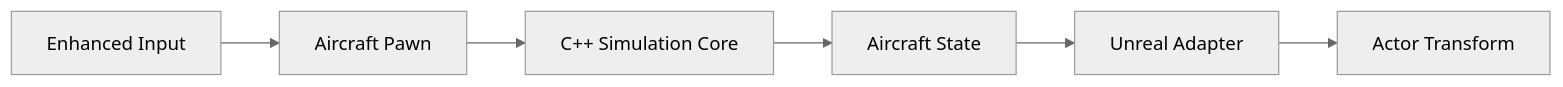
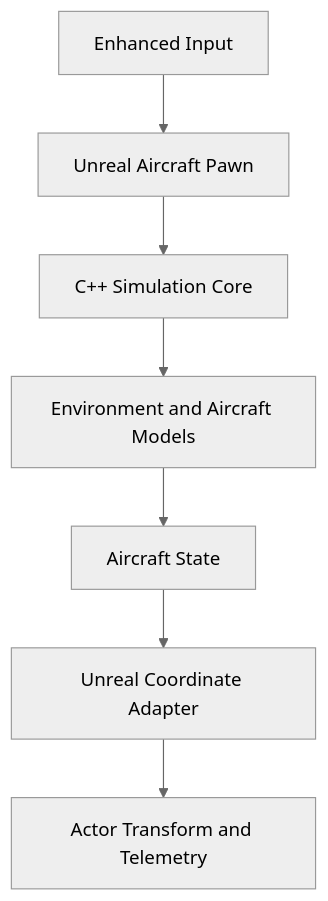
Before and after one commit to berksvml/c152-flight-simulator: the diagram in README.md, drawn with Mermaid (neutral theme). The commit also changed other lines of this file and 43 other files, not shown here.

````diff
--- a/README.md
+++ b/README.md
@@ -35,8 +36,9 @@
 ```mermaid
-flowchart LR
-    Input["Enhanced Input"] --> Pawn["Aircraft Pawn"]
-    Pawn --> Simulation["C++ Simulation Core"]
-    Simulation --> State["Aircraft State"]
-    State --> Adapter["Unreal Adapter"]
-    Adapter --> Actor["Actor Transform"]
+flowchart TD
+    Input["Enhanced Input"] --> Pawn["Unreal Aircraft Pawn"]
+    Pawn --> Core["C++ Simulation Core"]
+    Core --> Models["Environment and Aircraft Models"]
+    Models --> State["Aircraft State"]
+    State --> Adapter["Unreal Coordinate Adapter"]
+    Adapter --> Transform["Actor Transform and Telemetry"]
 ```
````
